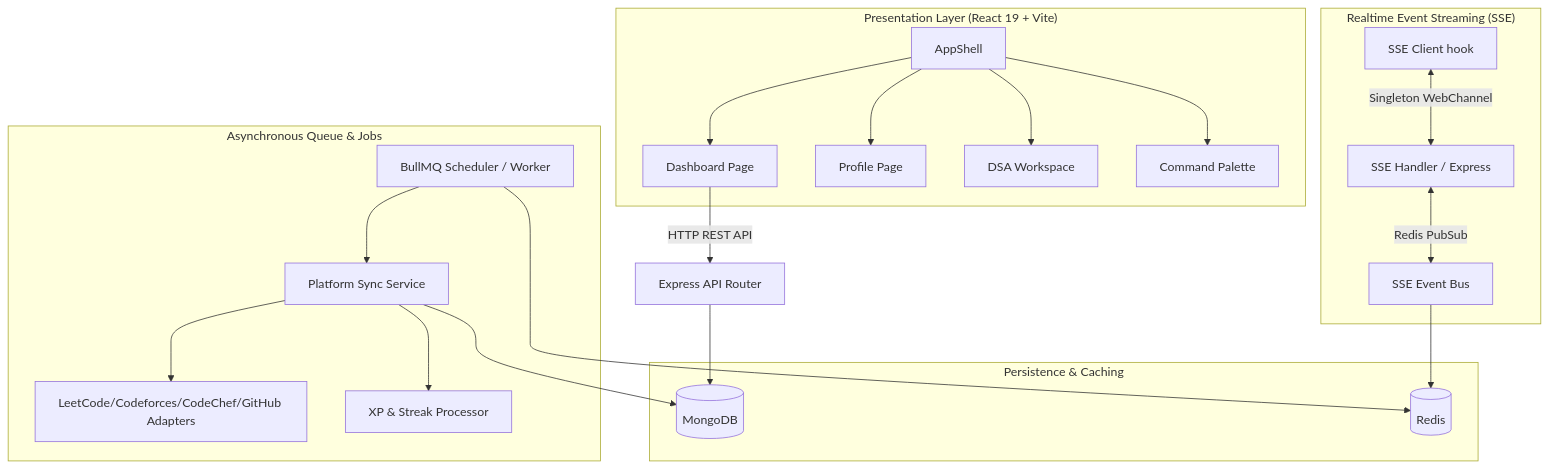
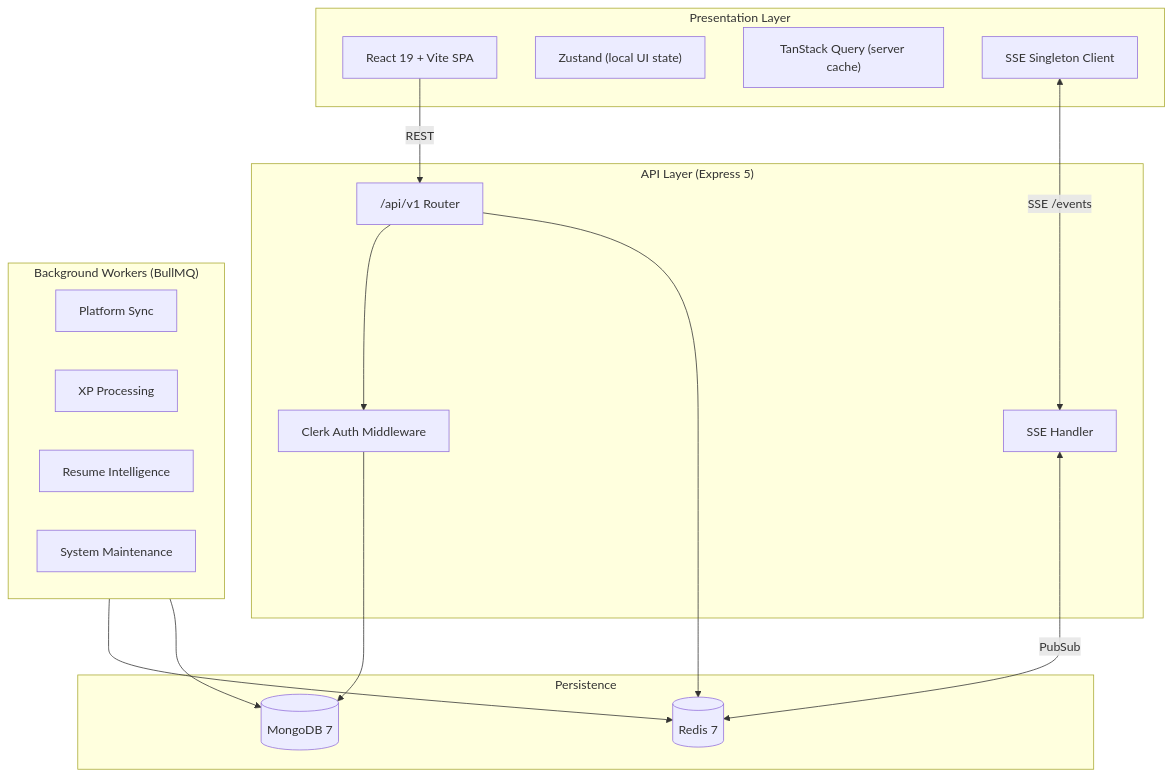
Before and after one commit to vbtgongithub/DevTrack: the diagram in ARCHITECTURE.md, drawn with Mermaid. The commit also changed other lines of this file and 16 other files, not shown here.

````diff
--- a/ARCHITECTURE.md
+++ b/ARCHITECTURE.md
@@ -11,31 +9,36 @@
 ```mermaid
 graph TD
-    subgraph "Presentation Layer (React 19 + Vite)"
-        AS[AppShell] --> DP[Dashboard Page]
-        AS --> PR[Profile Page]
-        AS --> DS[DSA Workspace]
-        AS --> CP[Command Palette]
+    subgraph Client["Presentation Layer"]
+        SPA["React 19 + Vite SPA"]
+        ZS["Zustand (local UI state)"]
+        RQ["TanStack Query (server cache)"]
+        SSEc["SSE Singleton Client"]
     end
 
-    subgraph "Realtime Event Streaming (SSE)"
-        SSE[SSE Client hook] <-->|Singleton WebChannel| SH[SSE Handler / Express]
-        SH <-->|Redis PubSub| EB[SSE Event Bus]
+    subgraph API["API Layer (Express 5)"]
+        RT["/api/v1 Router"]
+        AUTH["Clerk Auth Middleware"]
+        SSEh["SSE Handler"]
     end
 
-    subgraph "Asynchronous Queue & Jobs"
-        MQ[BullMQ Scheduler / Worker] --> PS[Platform Sync Service]
-        PS --> AD[LeetCode/Codeforces/CodeChef/GitHub Adapters]
-        PS --> XP[XP & Streak Processor]
+    subgraph Workers["Background Workers (BullMQ)"]
+        SYNC["Platform Sync"]
+        XPw["XP Processing"]
+        RES["Resume Intelligence"]
+        MAINT["System Maintenance"]
     end
 
-    subgraph "Persistence & Caching"
-        DB[(MongoDB)]
-        RD[(Redis)]
+    subgraph Data["Persistence"]
+        MONGO[(MongoDB 7)]
+        REDIS[(Redis 7)]
     end
 
-    DP -->|HTTP REST API| Express[Express API Router]
-    Express --> DB
-    PS --> DB
-    EB --> RD
-    MQ --> RD
+    SPA -->|REST| RT
+    SSEc <-->|SSE /events| SSEh
+    RT --> AUTH
+    AUTH --> MONGO
+    RT --> REDIS
+    Workers --> REDIS
+    Workers --> MONGO
+    SSEh <-->|PubSub| REDIS
 ```
````
